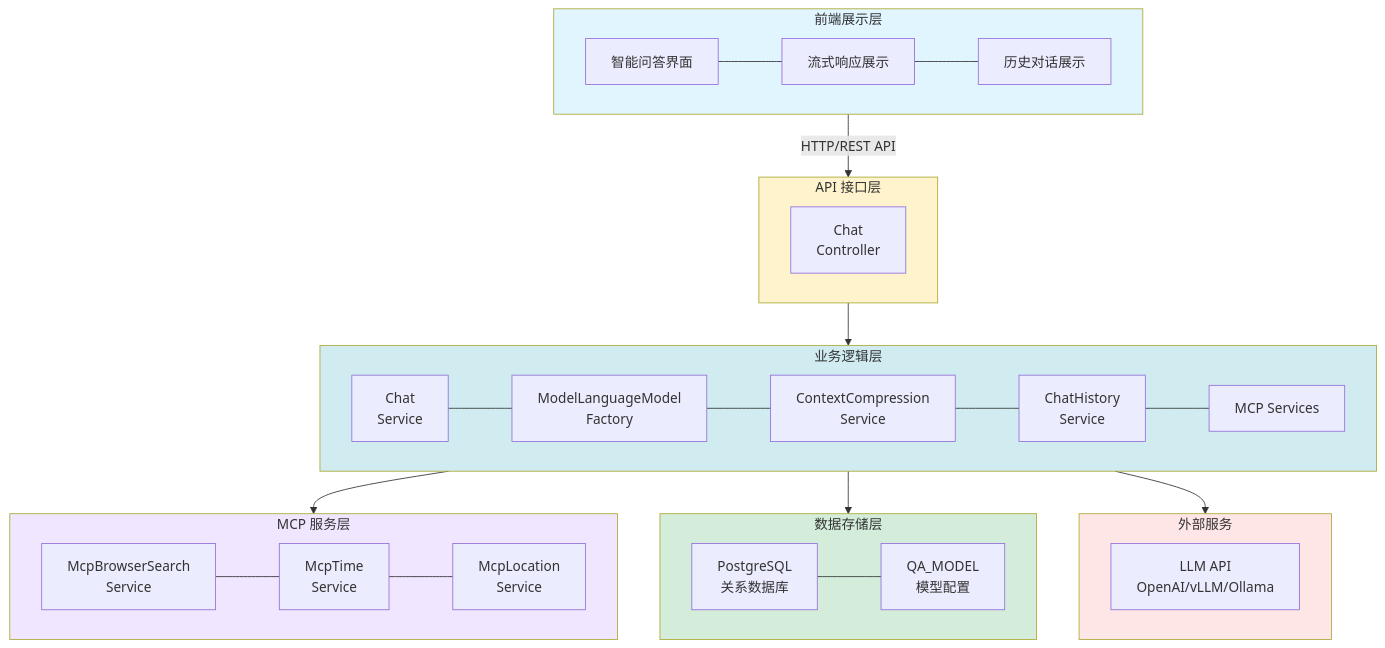
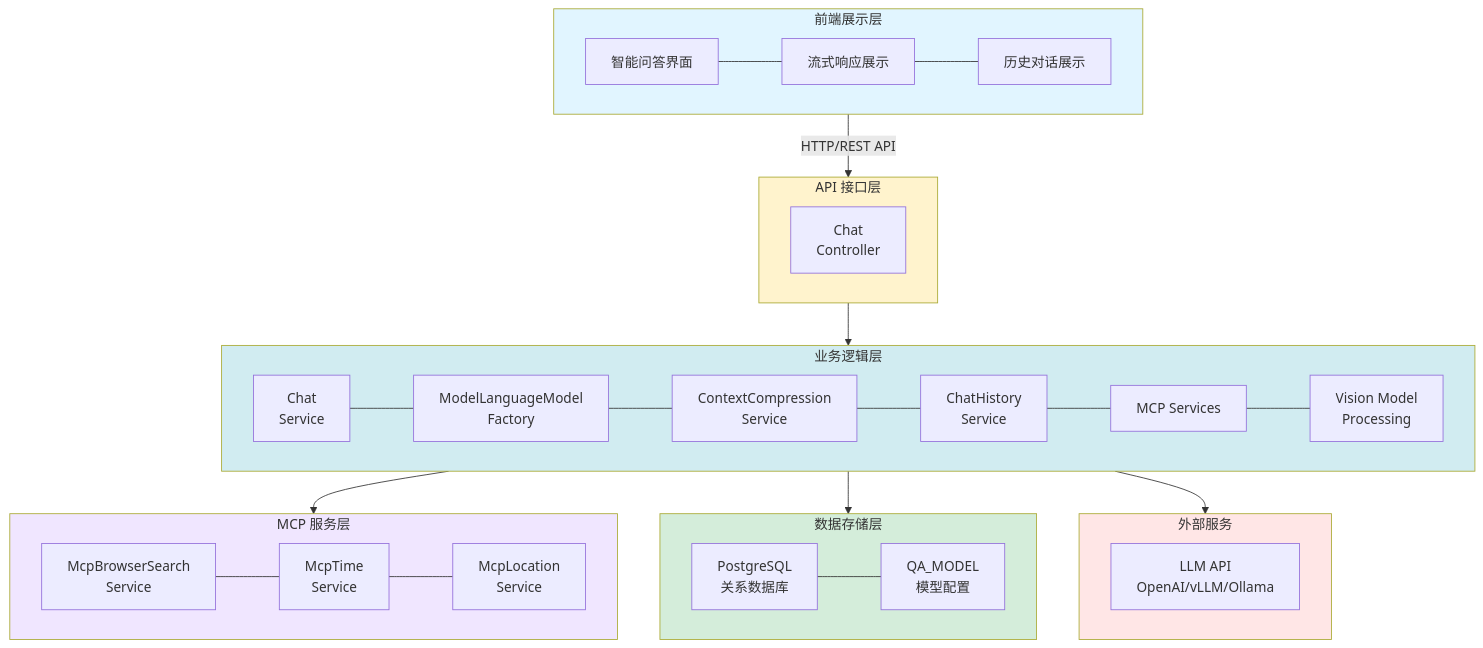
The first of 5 diagrams in backend/doc/6.智能问答功能设计文档.md (NanoAgentCode/DifyApp), drawn with Mermaid before and after one commit. The commit also changed other lines of this file and 1 other file, not shown here.

Commit message:
增强知识库功能，集成OCR服务以支持图片和PDF文件的文字识别，同时优化文档上传和处理流程，确保对多种文档格式的全面支持。更新相关架构图和功能描述以反映新特性。

````diff
--- a/backend/doc/6.智能问答功能设计文档.md
+++ b/backend/doc/6.智能问答功能设计文档.md
@@ -34,45 +39,45 @@
 ```mermaid
 flowchart TB
     subgraph Frontend["前端展示层"]
         direction LR
         A1[智能问答界面] --- A2[流式响应展示] --- A3[历史对话展示]
     end
     
     subgraph API["API 接口层"]
         direction LR
         B1[Chat<br/>Controller]
     end
     
     subgraph Service["业务逻辑层"]
         direction LR
-        C1[Chat<br/>Service] --- C2[ModelLanguageModel<br/>Factory] --- C3[ContextCompression<br/>Service] --- C4[ChatHistory<br/>Service] --- C5[MCP Services]
+        C1[Chat<br/>Service] --- C2[ModelLanguageModel<br/>Factory] --- C3[ContextCompression<br/>Service] --- C4[ChatHistory<br/>Service] --- C5[MCP Services] --- C6[Vision Model<br/>Processing]
     end
     
     subgraph MCP["MCP 服务层"]
         direction LR
         D1[McpBrowserSearch<br/>Service] --- D2[McpTime<br/>Service] --- D3[McpLocation<br/>Service]
     end
     
     subgraph Storage["数据存储层"]
         direction LR
         E1[PostgreSQL<br/>关系数据库] --- E2[QA_MODEL<br/>模型配置]
     end
     
     subgraph External["外部服务"]
         direction LR
         F1[LLM API<br/>OpenAI/vLLM/Ollama]
     end
     
     Frontend -->|HTTP/REST API| API
     API --> Service
     Service --> MCP
     Service --> Storage
     Service --> External
     
     style Frontend fill:#e1f5ff
     style API fill:#fff3cd
     style Service fill:#d1ecf1
     style MCP fill:#f0e6ff
     style Storage fill:#d4edda
     style External fill:#ffe6e6
 ```
````
